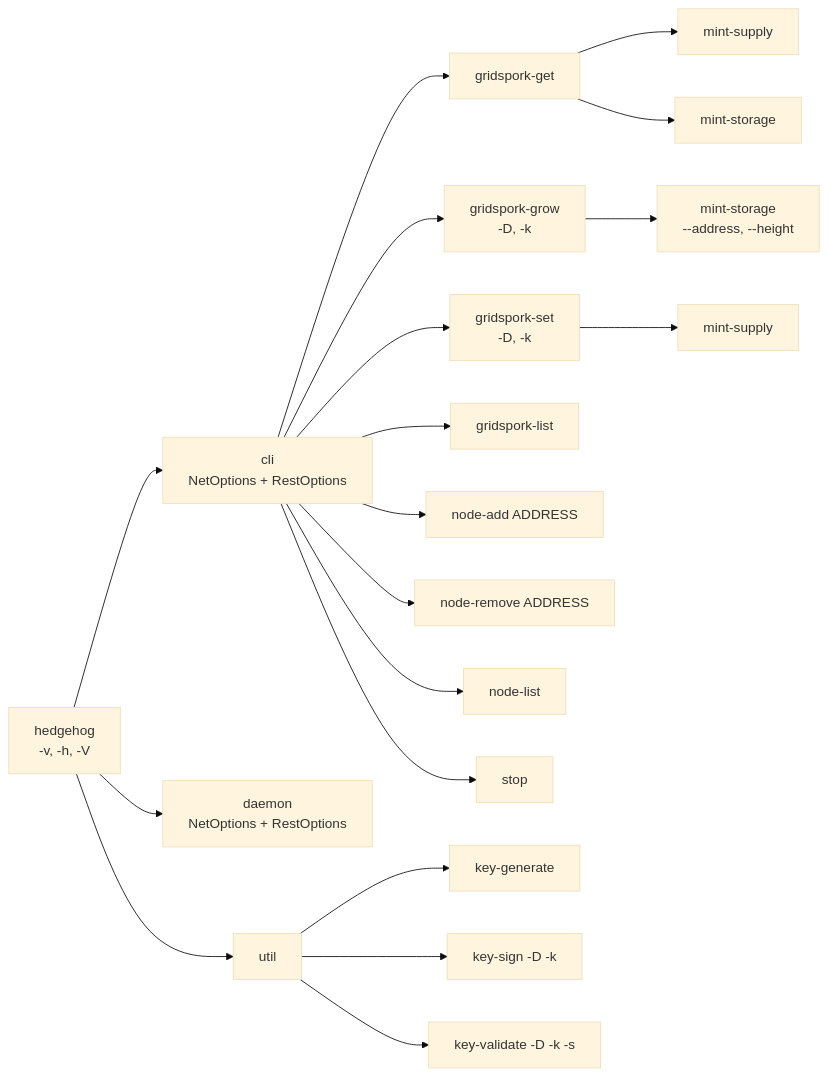
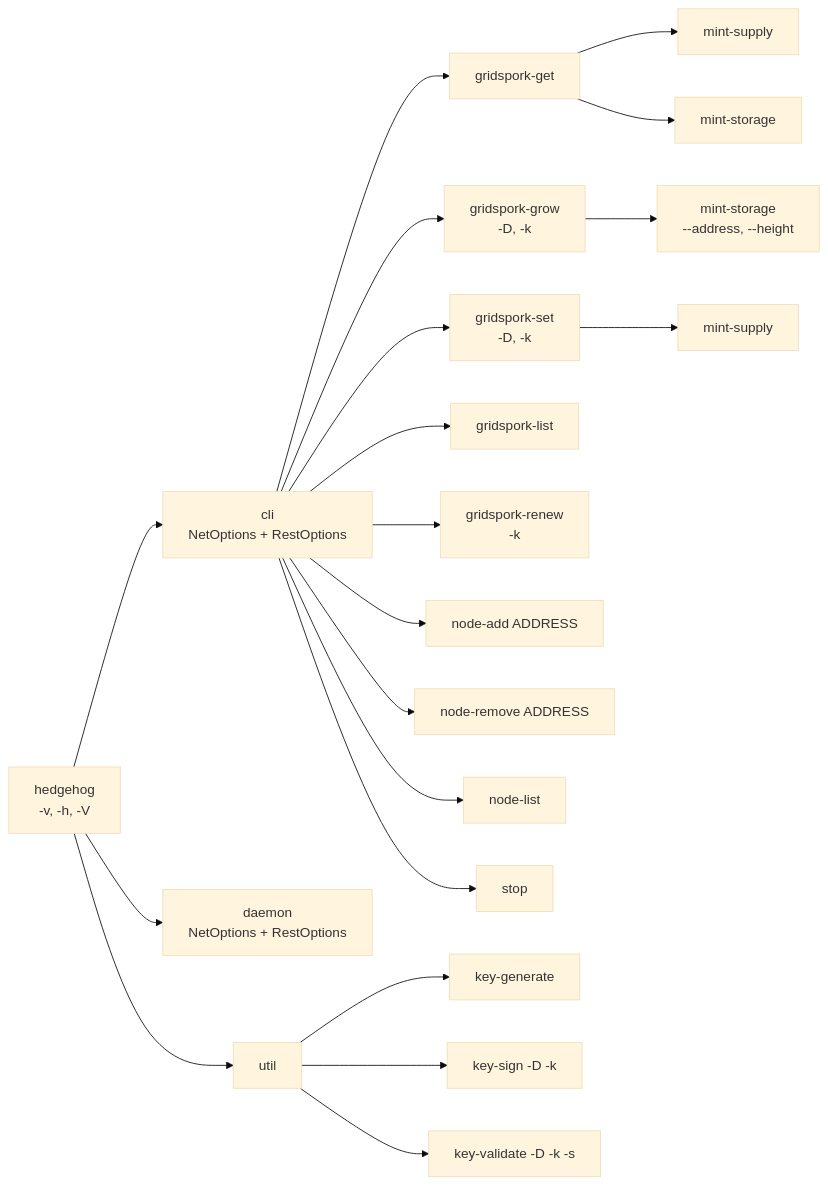
One commit to unigrid-project/hedgehog changed the first of 4 diagrams in documentation/architecture.md. Above: the diagram before and after it, drawn with Mermaid (base theme). The commit also changed other lines of this file and 4 other files, not shown here.

````diff
--- a/documentation/architecture.md
+++ b/documentation/architecture.md
@@ -180,25 +180,26 @@
 ```mermaid
 flowchart LR
     H["hedgehog<br/>-v, -h, -V"]
     H --> C["cli<br/>NetOptions + RestOptions"]
     H --> D["daemon<br/>NetOptions + RestOptions"]
     H --> U["util"]
 
     C --> GG["gridspork-get"]
     C --> GR["gridspork-grow<br/>-D, -k"]
     C --> GS["gridspork-set<br/>-D, -k"]
     C --> GL["gridspork-list"]
+    C --> GN["gridspork-renew<br/>-k"]
     C --> NA["node-add ADDRESS"]
     C --> NR["node-remove ADDRESS"]
     C --> NL["node-list"]
     C --> ST["stop"]
 
     GG --> GGS["mint-supply"]
     GG --> GGT["mint-storage"]
     GR --> GRT["mint-storage<br/>--address, --height"]
     GS --> GSS["mint-supply"]
 
     U --> KG["key-generate"]
     U --> KS["key-sign -D -k"]
     U --> KV["key-validate -D -k -s"]
 ```
````
